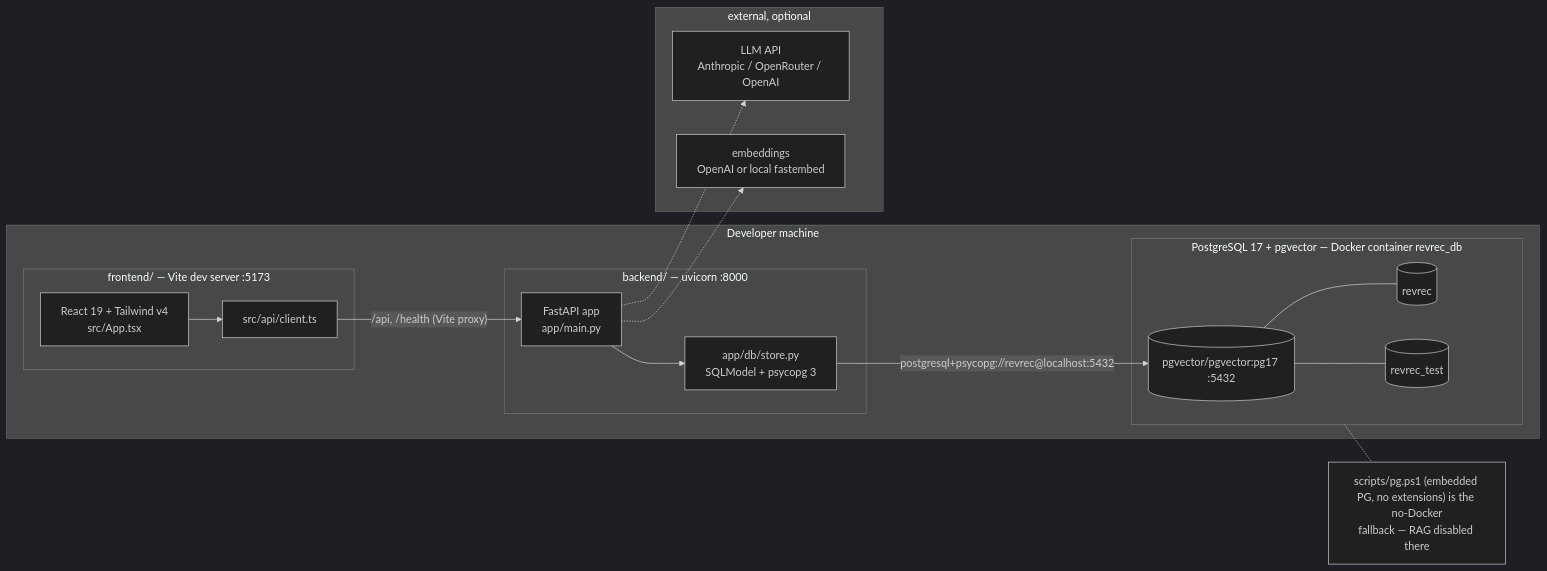
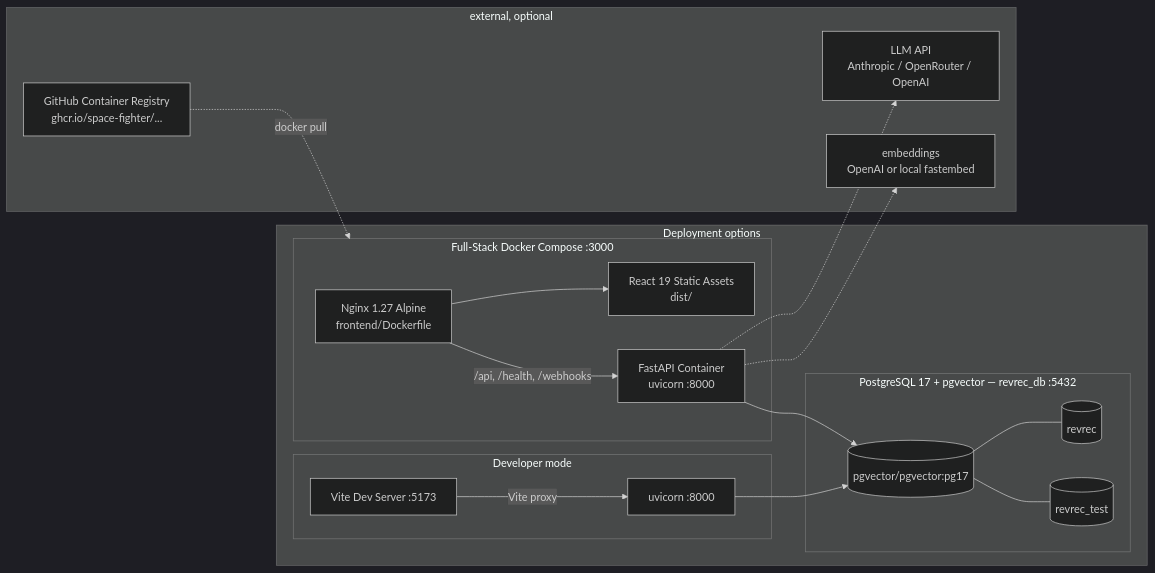
The second of 5 diagrams in architecture.md (Skeletor-Pirate/AI-Revenue-Recovery), drawn with Mermaid (dark theme) before and after one commit. The commit also changed other lines of this file and 28 other files, not shown here.

Commit message:
feat: complete Track 03 directions (Mandate Sequencer, Hinglish Voice, PTP Tracker) and production CI/CD

````diff
--- a/architecture.md
+++ b/architecture.md
@@ -107,35 +111,38 @@
 ```mermaid
 flowchart LR
-    subgraph dev [Developer machine]
-        subgraph fe [frontend/ — Vite dev server :5173]
-            REACT[React 19 + Tailwind v4<br/>src/App.tsx]
-            CLIENT[src/api/client.ts]
-            REACT --> CLIENT
+    subgraph local [Deployment options]
+        subgraph fullstack [Full-Stack Docker Compose :3000]
+            NGINX[Nginx 1.27 Alpine<br/>frontend/Dockerfile]
+            REACT_DIST[React 19 Static Assets<br/>dist/]
+            API_CTR[FastAPI Container<br/>uvicorn :8000]
+            NGINX --> REACT_DIST
+            NGINX -- "/api, /health, /webhooks" --> API_CTR
         end
-        subgraph be [backend/ — uvicorn :8000]
-            FASTAPI[FastAPI app<br/>app/main.py]
-            STOREPY[app/db/store.py<br/>SQLModel + psycopg 3]
-            FASTAPI --> STOREPY
+
+        subgraph dev [Developer mode]
+            FE_DEV[Vite Dev Server :5173]
+            BE_DEV[uvicorn :8000]
+            FE_DEV -- "Vite proxy" --> BE_DEV
         end
-        subgraph pg [PostgreSQL 17 + pgvector — Docker container revrec_db]
-            PG[("pgvector/pgvector:pg17 :5432")]
+
+        subgraph pg [PostgreSQL 17 + pgvector — revrec_db :5432]
+            PG[("pgvector/pgvector:pg17")]
             DB1[(revrec)]
             DB2[(revrec_test)]
             PG --- DB1
             PG --- DB2
         end
     end
 
     subgraph ext [external, optional]
         LLM["LLM API<br/>Anthropic / OpenRouter / OpenAI"]
         EMB["embeddings<br/>OpenAI or local fastembed"]
+        GHCR["GitHub Container Registry<br/>ghcr.io/space-fighter/..."]
     end
 
-    CLIENT -- "/api, /health (Vite proxy)" --> FASTAPI
-    STOREPY -- "postgresql+psycopg://revrec@localhost:5432" --> PG
-    FASTAPI -.-> LLM
-    FASTAPI -.-> EMB
-
-    note["scripts/pg.ps1 (embedded PG, no extensions) is the no-Docker<br/>fallback — RAG disabled there"]
-    pg -.- note
+    API_CTR --> PG
+    BE_DEV --> PG
+    API_CTR -.-> LLM
+    API_CTR -.-> EMB
+    GHCR -. "docker pull" .-> fullstack
 ```
````
